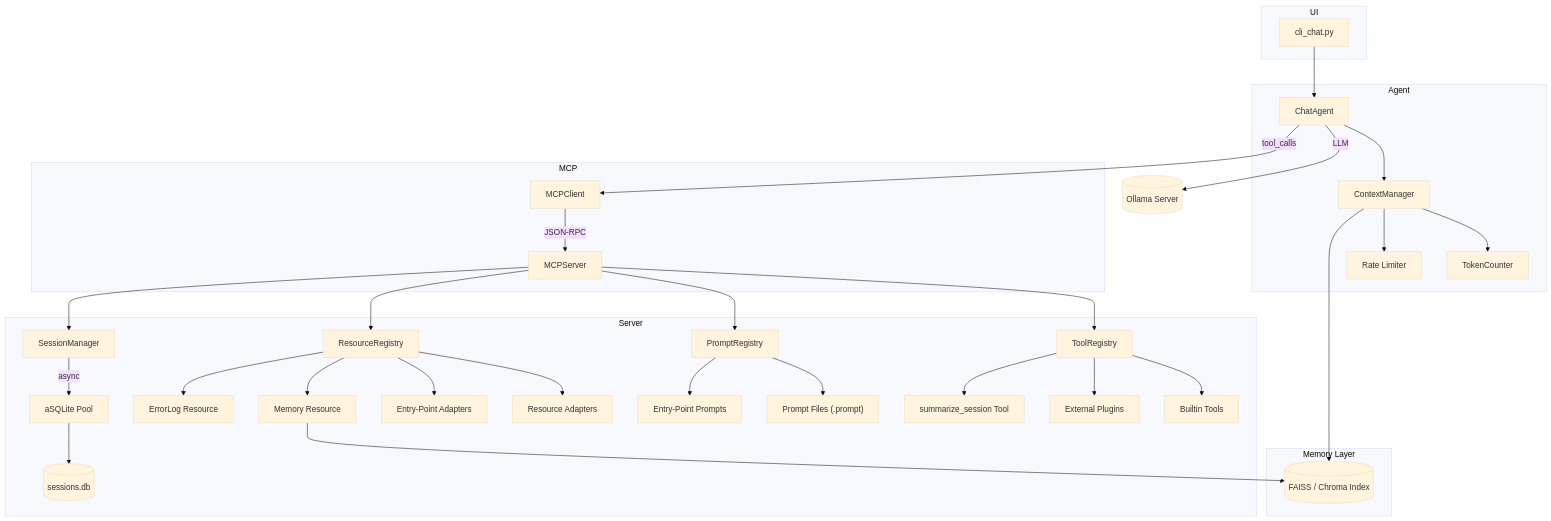
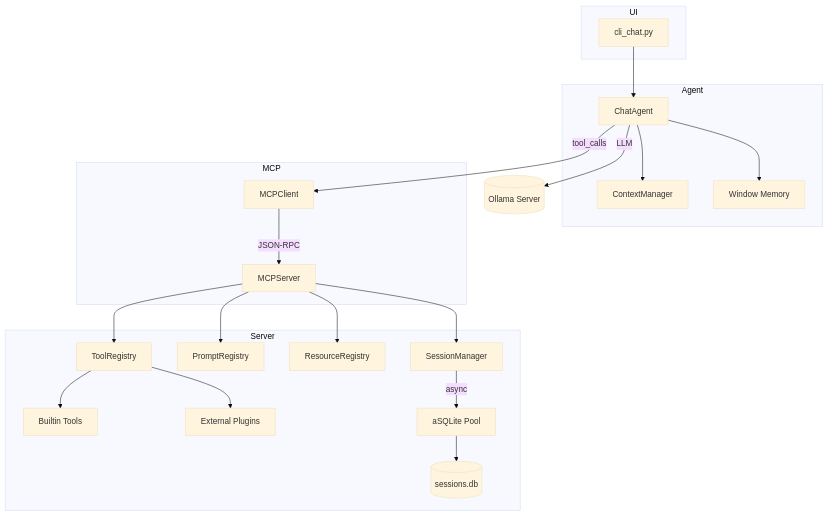
The diagram in README.md (Choapinus/APE), drawn with Mermaid (base theme) before and after one commit. The commit also changed other lines of this file and 2 other files, not shown here.

````diff
--- a/README.md
+++ b/README.md
@@ -337,48 +274,33 @@
 ```mermaid
 graph TD
   subgraph UI
     CLI["cli_chat.py"]
   end
   subgraph Agent
     ChatAgent
     ContextManager
-    TokenCounter
-    RateLimiter["Rate Limiter"]
+    WindowMemory["Window Memory"]
   end
   CLI --> ChatAgent
   ChatAgent --> ContextManager
-  ContextManager --> TokenCounter
-  ContextManager --> RateLimiter
+  ChatAgent --> WindowMemory
   ChatAgent -->|"LLM"| Ollama[("Ollama Server")]
 
   subgraph MCP
     MCPClient
     MCPServer
   end
   ChatAgent -->|"tool_calls"| MCPClient
   MCPClient -->|"JSON-RPC"| MCPServer
 
   subgraph Server
     MCPServer --> ToolRegistry
     MCPServer --> PromptRegistry
     MCPServer --> ResourceRegistry
     ToolRegistry --> BuiltinTools["Builtin Tools"]
     ToolRegistry --> ExternalPlugins["External Plugins"]
-    ToolRegistry --> SummarizeTool["summarize_session Tool"]
-    PromptRegistry --> PromptRepo["Prompt Files (.prompt)"]
-    PromptRegistry --> PromptPlugins["Entry-Point Prompts"]
-    ResourceRegistry --> ResourceAdapters["Resource Adapters"]
-    ResourceRegistry --> ResourcePlugins["Entry-Point Adapters"]
-    ResourceRegistry --> MemoryResource["Memory Resource"]
-    ResourceRegistry --> ErrorResource["ErrorLog Resource"]
     MCPServer --> SessionManager
     SessionManager -->|"async"| DBPool["aSQLite Pool"]
     DBPool --> SQLiteDB[("sessions.db")]
   end
-
-  subgraph Memory["Memory Layer"]
-    EmbeddingIndex[("FAISS / Chroma Index")]
-  end
-  ContextManager --> EmbeddingIndex
-  MemoryResource --> EmbeddingIndex
 ```
````
